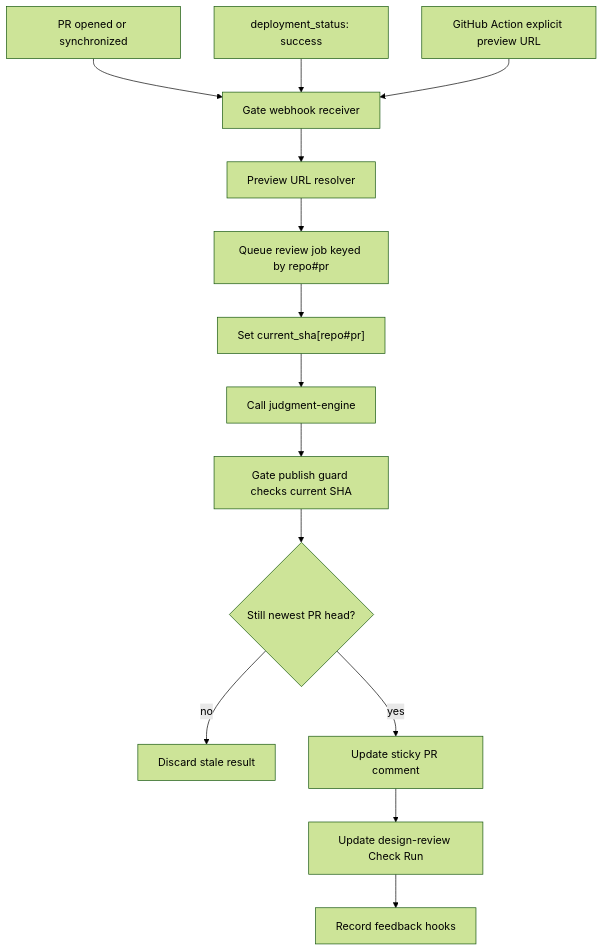
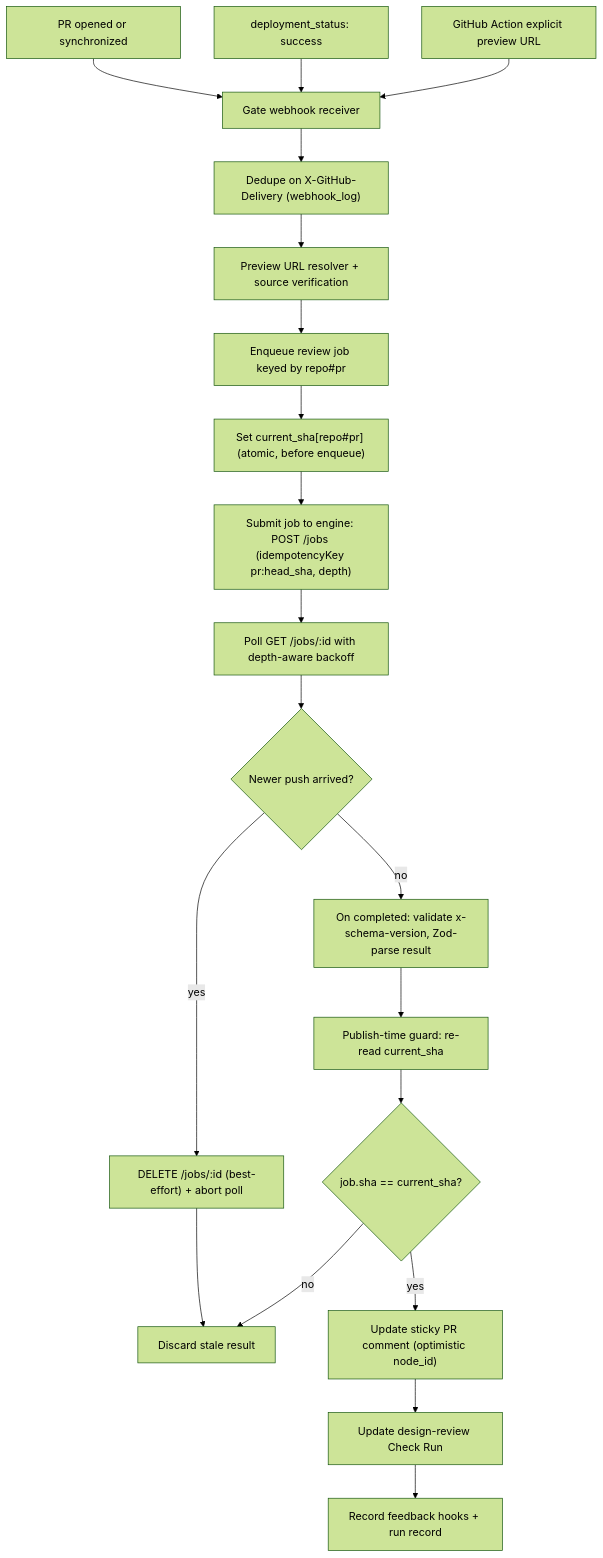
Before and after one commit to apatureai/gate: the first of 4 diagrams in ARCHITECTURE.md, drawn with Mermaid (forest theme). The commit also changed other lines of this file and 2 other files, not shown here.

First line of the commit message:
docs: end-to-end backlog + architecture review

````diff
--- a/ARCHITECTURE.md
+++ b/ARCHITECTURE.md
@@ -14,16 +19,21 @@
 ```mermaid
 flowchart TD
   A["PR opened or synchronized"] --> B["Gate webhook receiver"]
   C["deployment_status: success"] --> B
   D["GitHub Action explicit preview URL"] --> B
-  B --> E["Preview URL resolver"]
-  E --> F["Queue review job keyed by repo#pr"]
-  F --> G["Set current_sha[repo#pr]"]
-  G --> H["Call judgment-engine"]
-  H --> I["Gate publish guard checks current SHA"]
-  I --> J{"Still newest PR head?"}
+  B --> B2["Dedupe on X-GitHub-Delivery (webhook_log)"]
+  B2 --> E["Preview URL resolver + source verification"]
+  E --> F["Enqueue review job keyed by repo#pr"]
+  F --> G["Set current_sha[repo#pr] (atomic, before enqueue)"]
+  G --> H1["Submit job to engine: POST /jobs (idempotencyKey pr:head_sha, depth)"]
+  H1 --> H2["Poll GET /jobs/:id with depth-aware backoff"]
+  H2 --> SUP{"Newer push arrived?"}
+  SUP -- "yes" --> H4["DELETE /jobs/:id (best-effort) + abort poll"] --> K["Discard"]
+  SUP -- "no" --> H3["On completed: validate x-schema-version, Zod-parse result"]
+  H3 --> I["Publish-time guard: re-read current_sha"]
+  I --> J{"job.sha == current_sha?"}
   J -- "no" --> K["Discard stale result"]
-  J -- "yes" --> L["Update sticky PR comment"]
+  J -- "yes" --> L["Update sticky PR comment (optimistic node_id)"]
   L --> M["Update design-review Check Run"]
-  M --> N["Record feedback hooks"]
+  M --> N["Record feedback hooks + run record"]
 ```
````
